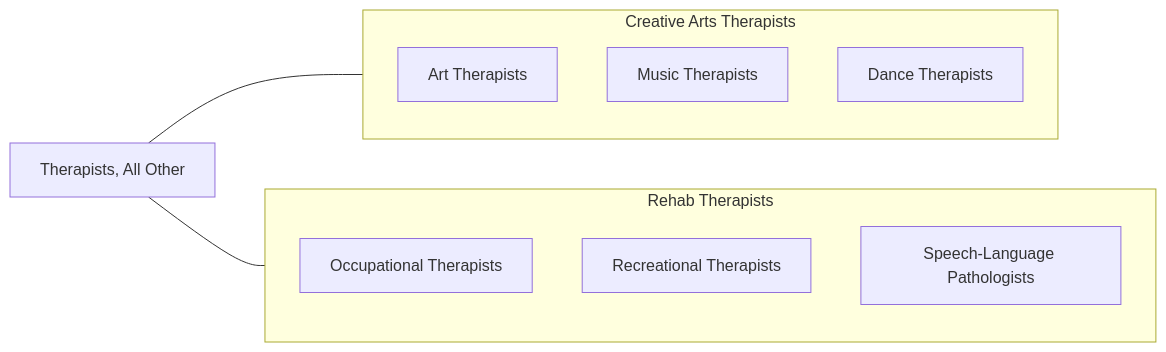
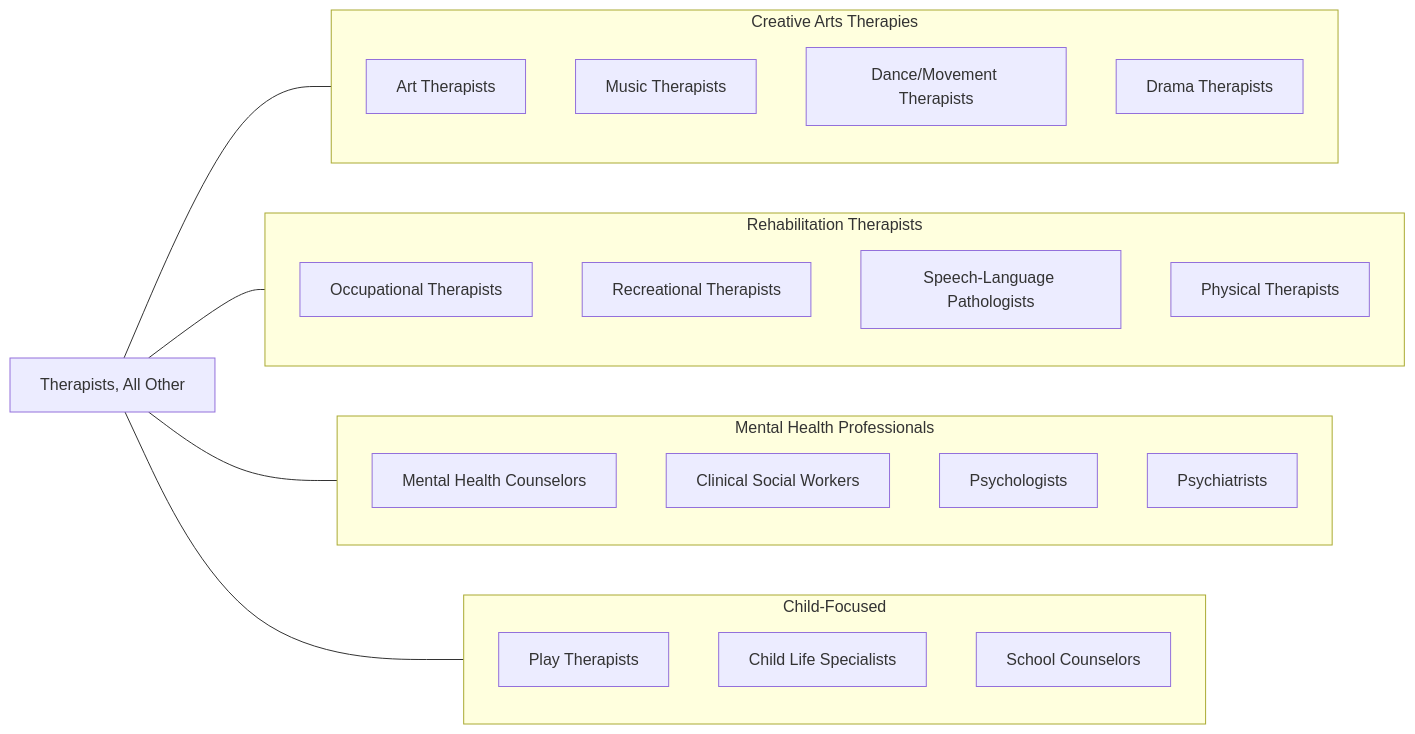
One commit to kziemski/business.org.ai changed the fourth of 4 diagrams in occupations/HealthcarePractitioners/Therapists.mdx. Above: the diagram before and after it, drawn with Mermaid. The commit also changed other lines of this file and 885 other files, not shown here.

````diff
--- a/occupations/HealthcarePractitioners/Therapists.mdx
+++ b/occupations/HealthcarePractitioners/Therapists.mdx
@@ -54,19 +318,36 @@
 ```mermaid
 graph LR
     Current["Therapists, All Other"]
 
-    subgraph CreativeArts["Creative Arts Therapists"]
+    subgraph CreativeArts["Creative Arts Therapies"]
         ArtTh["Art Therapists"]
         MusicTh["Music Therapists"]
-        DanceTh["Dance Therapists"]
+        DanceTh["Dance/Movement Therapists"]
+        DramaTh["Drama Therapists"]
     end
 
-    subgraph Rehab["Rehab Therapists"]
+    subgraph Rehab["Rehabilitation Therapists"]
         OTs["Occupational Therapists"]
         RecTh["Recreational Therapists"]
         SLPs["Speech-Language Pathologists"]
+        PTs["Physical Therapists"]
+    end
+
+    subgraph MentalHealth["Mental Health Professionals"]
+        Counselors["Mental Health Counselors"]
+        SocialWorkers["Clinical Social Workers"]
+        Psychologists["Psychologists"]
+        Psychiatrists["Psychiatrists"]
+    end
+
+    subgraph ChildFocused["Child-Focused"]
+        PlayTh["Play Therapists"]
+        ChildLife["Child Life Specialists"]
+        SchoolCounselors["School Counselors"]
     end
 
     Current --- CreativeArts
     Current --- Rehab
+    Current --- MentalHealth
+    Current --- ChildFocused
 ```
````
